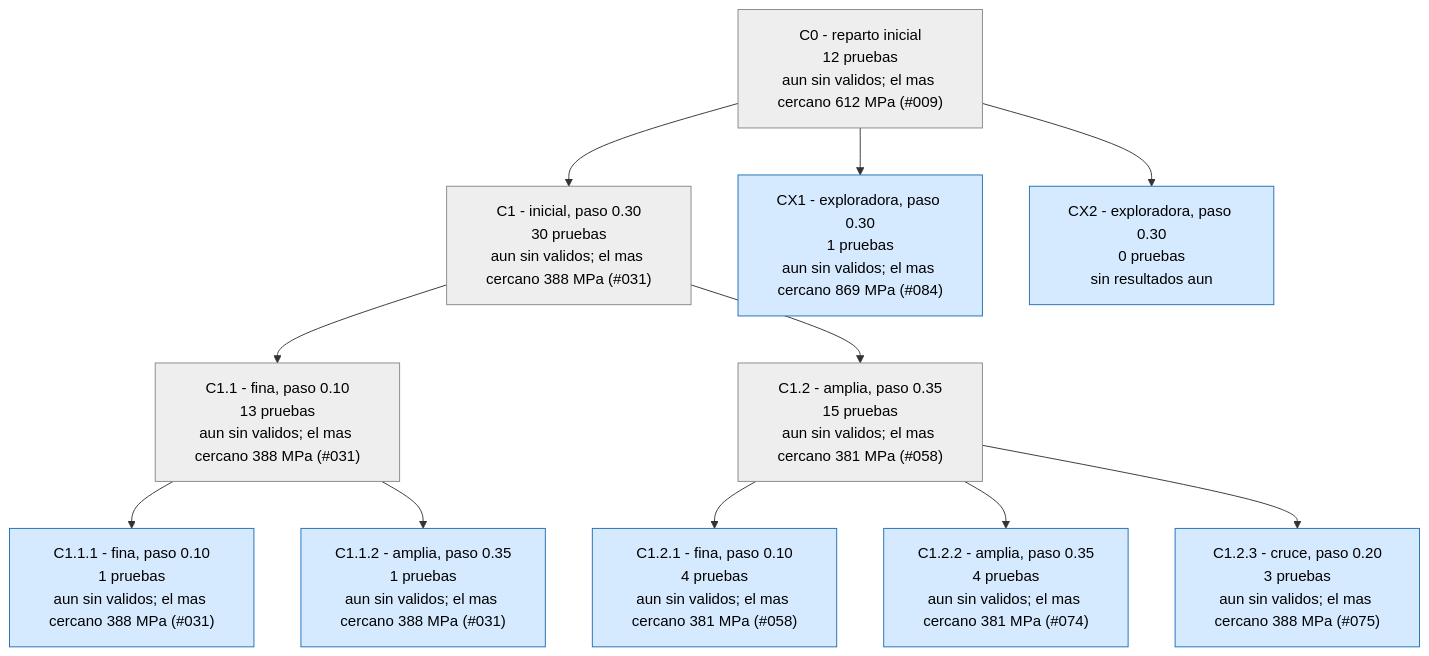
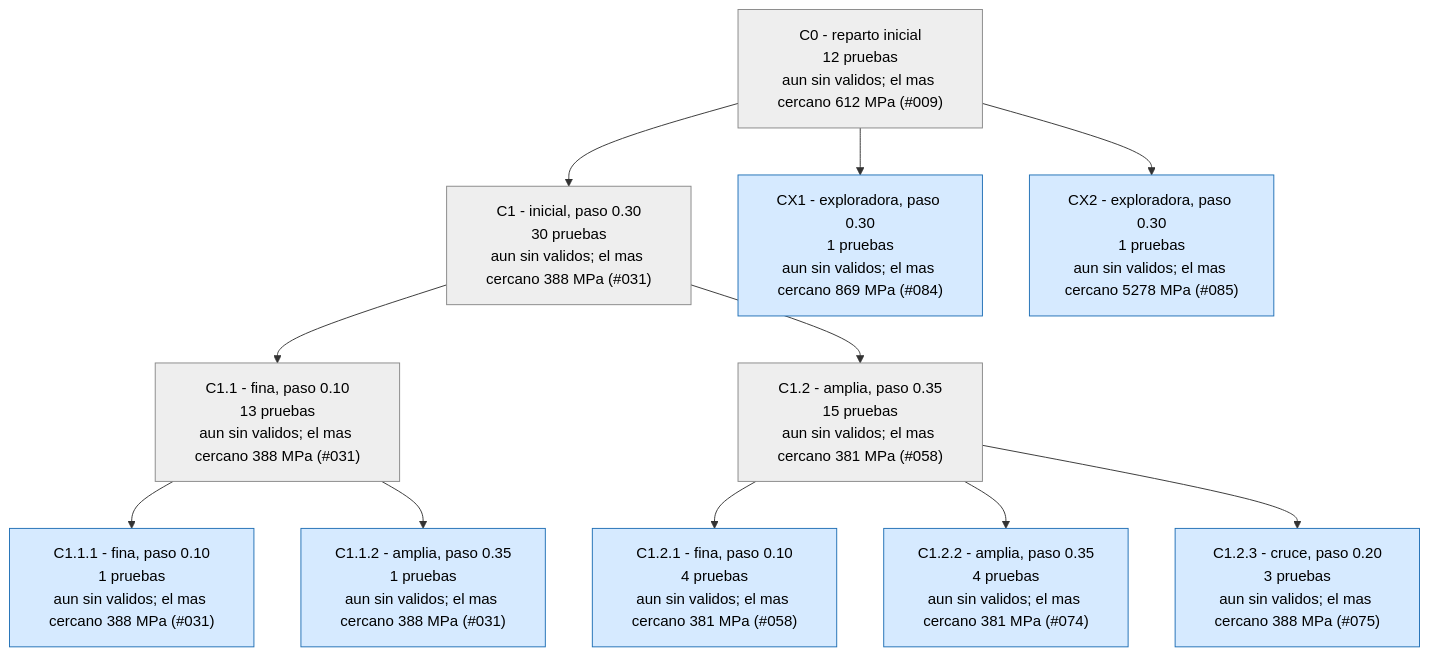
One commit to Hugiko/msd-soporte-optimizacion changed the third of 4 diagrams in runs/opt_37800N/ARBOL.md. Above: the diagram before and after it, drawn with Mermaid. The commit also changed 21 other files, not shown here.

````diff
--- a/runs/opt_37800N/ARBOL.md
+++ b/runs/opt_37800N/ARBOL.md
@@ -101,27 +101,27 @@
 ```mermaid
 graph TD
 classDef activa fill:#d6eaff,stroke:#1f6fb5,color:#000
 classDef fin fill:#eeeeee,stroke:#888,color:#000
 classDef mejor fill:#c8f0c0,stroke:#1a9850,stroke-width:4px,color:#000
 C0["C0 - reparto inicial<br/>12 pruebas<br/>aun sin validos; el mas cercano 612 MPa (#009)"]:::fin
 C1["C1 - inicial, paso 0.30<br/>30 pruebas<br/>aun sin validos; el mas cercano 388 MPa (#031)"]:::fin
 C0 --> C1
 C1_1["C1.1 - fina, paso 0.10<br/>13 pruebas<br/>aun sin validos; el mas cercano 388 MPa (#031)"]:::fin
 C1 --> C1_1
 C1_2["C1.2 - amplia, paso 0.35<br/>15 pruebas<br/>aun sin validos; el mas cercano 381 MPa (#058)"]:::fin
 C1 --> C1_2
 C1_1_1["C1.1.1 - fina, paso 0.10<br/>1 pruebas<br/>aun sin validos; el mas cercano 388 MPa (#031)"]:::activa
 C1_1 --> C1_1_1
 C1_1_2["C1.1.2 - amplia, paso 0.35<br/>1 pruebas<br/>aun sin validos; el mas cercano 388 MPa (#031)"]:::activa
 C1_1 --> C1_1_2
 C1_2_1["C1.2.1 - fina, paso 0.10<br/>4 pruebas<br/>aun sin validos; el mas cercano 381 MPa (#058)"]:::activa
 C1_2 --> C1_2_1
 C1_2_2["C1.2.2 - amplia, paso 0.35<br/>4 pruebas<br/>aun sin validos; el mas cercano 381 MPa (#074)"]:::activa
 C1_2 --> C1_2_2
 C1_2_3["C1.2.3 - cruce, paso 0.20<br/>3 pruebas<br/>aun sin validos; el mas cercano 388 MPa (#075)"]:::activa
 C1_2 --> C1_2_3
 CX1["CX1 - exploradora, paso 0.30<br/>1 pruebas<br/>aun sin validos; el mas cercano 869 MPa (#084)"]:::activa
 C0 --> CX1
-CX2["CX2 - exploradora, paso 0.30<br/>0 pruebas<br/>sin resultados aun"]:::activa
+CX2["CX2 - exploradora, paso 0.30<br/>1 pruebas<br/>aun sin validos; el mas cercano 5278 MPa (#085)"]:::activa
 C0 --> CX2
 ```
````
